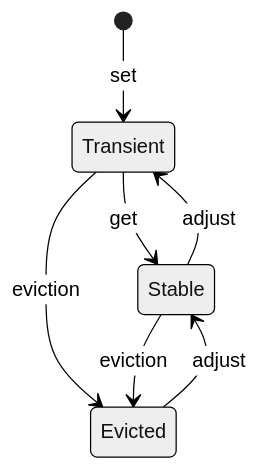
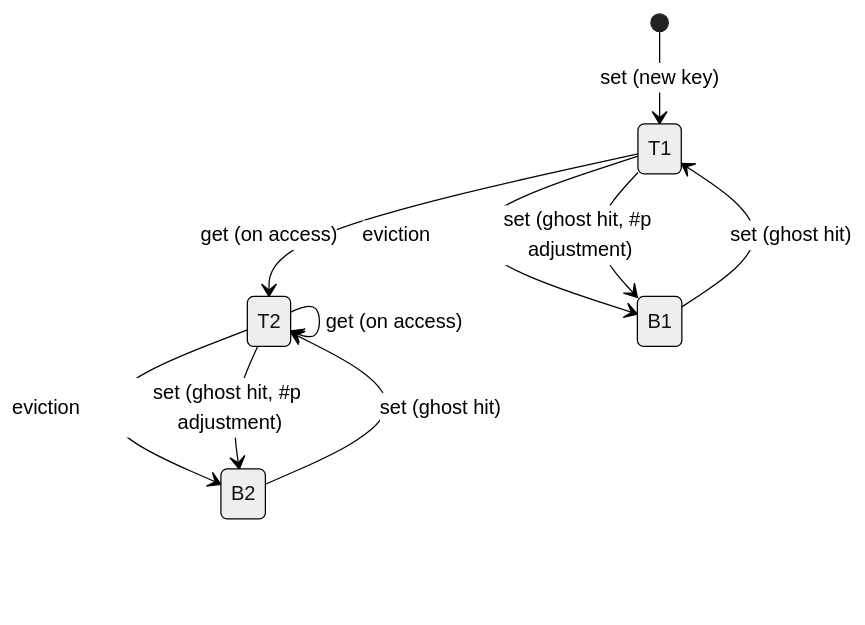
One commit to avoidwork/adaptive-replacement-cache changed the fourth of 4 diagrams in docs/ARCHITECTURE.md. Above: the diagram before and after it, drawn with Mermaid (neutral theme). The commit also changed other lines of this file, not shown here.

Commit message:
docs: fix architecture documentation to match actual ARC implementation

````diff
--- a/docs/ARCHITECTURE.md
+++ b/docs/ARCHITECTURE.md
@@ -169,9 +207,12 @@
 ```mermaid
 stateDiagram-v2
-    [*] --> Transient: set
-    Transient --> Stable: get
-    Stable --> Transient: adjust
-    Transient --> Evicted: eviction
-    Stable --> Evicted: eviction
-    Evicted --> Stable: adjust
+    [*] --> T1: set (new key)
+    T1 --> T2: get (on access)
+    T1 --> B1: eviction
+    T2 --> T2: get (on access)
+    T2 --> B2: eviction
+    B1 --> T1: set (ghost hit)
+    B2 --> T2: set (ghost hit)
+    T1 --> B1: set (ghost hit, #p adjustment)
+    T2 --> B2: set (ghost hit, #p adjustment)
 ```
````
